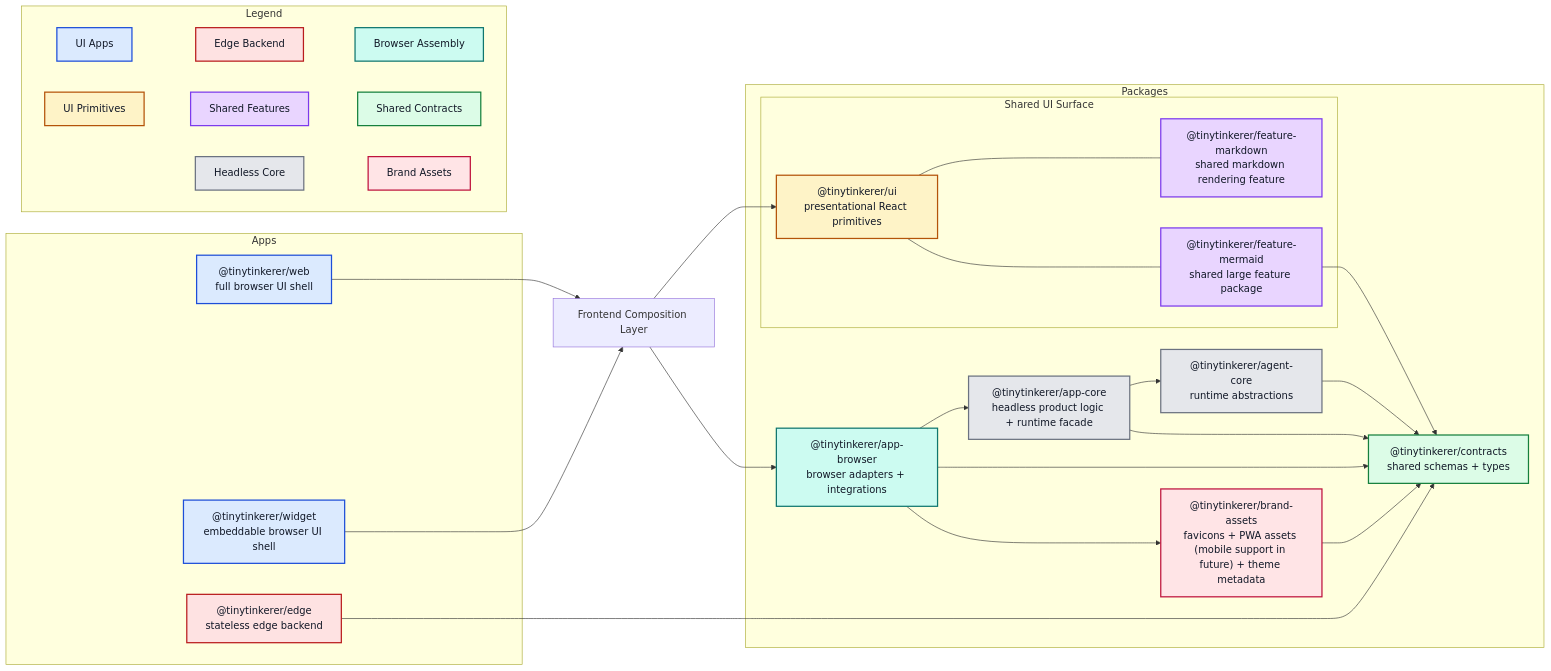
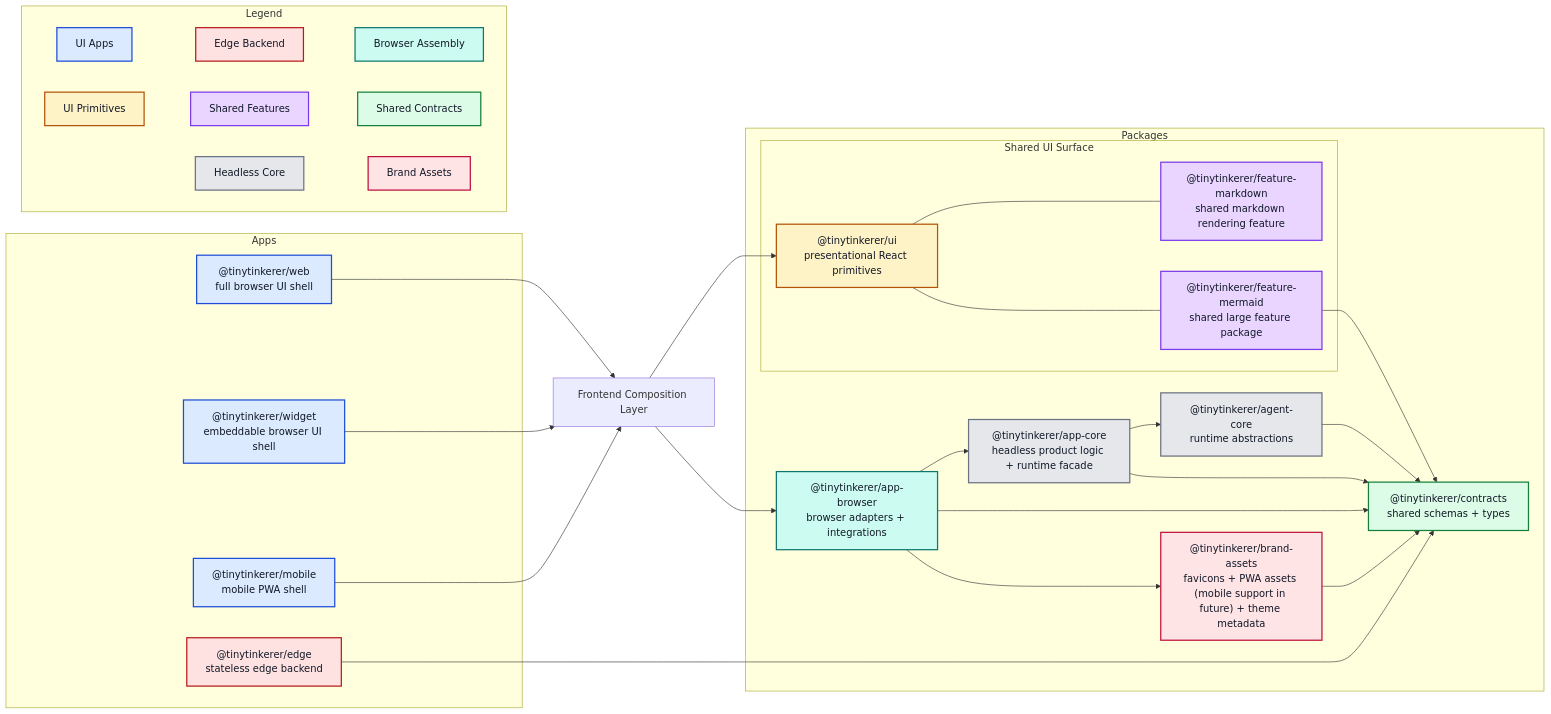
The diagram in docs/ARCHITECTURE.md (NNTin/tinytinkerer), drawn with Mermaid before and after one commit. The commit also changed 1 other file, not shown here.

Commit message:
chore: slight documentation update, remove redundant ci.yml

```diff
--- a/docs/ARCHITECTURE.md
+++ b/docs/ARCHITECTURE.md
@@ -18,6 +18,7 @@
   subgraph Apps
     web["@tinytinkerer/web<br/>full browser UI shell"]
     widget["@tinytinkerer/widget<br/>embeddable browser UI shell"]
+    mobile["@tinytinkerer/mobile<br/>mobile PWA shell"]
     edge["@tinytinkerer/edge<br/>stateless edge backend"]
   end
 
@@ -40,6 +41,7 @@
 
   web --> common
   widget --> common
+  mobile --> common
 
   common --> ui
   common --> appbrowser
@@ -88,7 +90,7 @@
   classDef coreLayer fill:#e5e7eb,stroke:#6b7280,color:#111827,stroke-width:2px;
   classDef brandLayer fill:#ffe4e6,stroke:#be123c,color:#111827,stroke-width:2px;
 
-  class web,widget,legendUiApp uiApp;
+  class web,widget,mobile,legendUiApp uiApp;
   class edge,legendEdge edgeApp;
   class appbrowser,legendBrowser browserAssembly;
   class ui,legendUi uiPrimitives;
```
